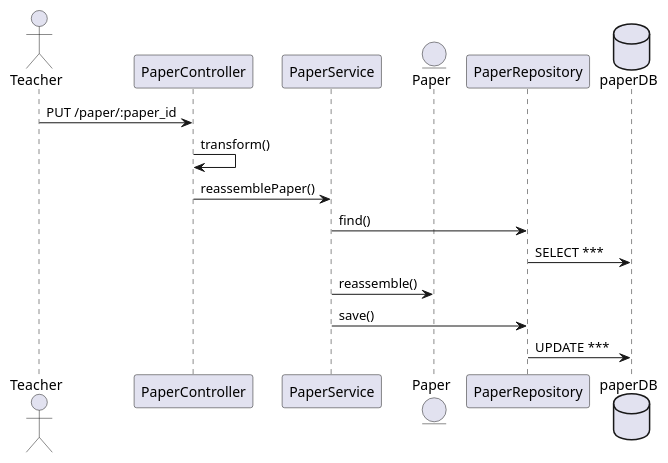
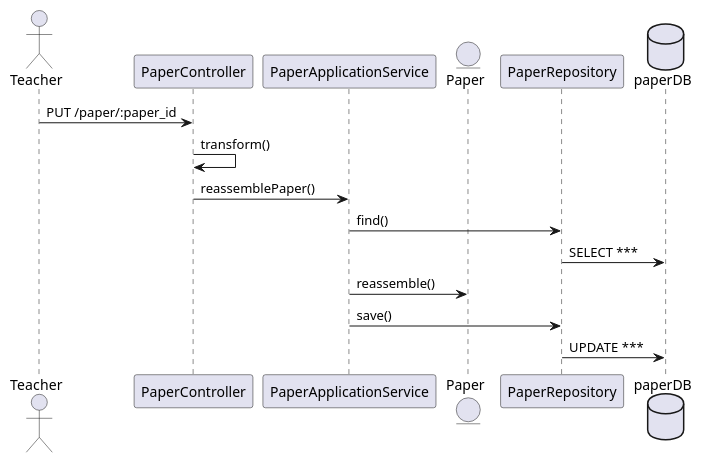
The diagram in design/paper-seq-reassemble.puml (DDD-Bootcamp/exam-plantform), drawn with PlantUML before and after one commit. The commit also changed 2 other files, not shown here.

Commit message:
use PaperApplicationService instead of PaperService in seq and cqrs puml

```diff
--- a/design/paper-seq-reassemble.puml
+++ b/design/paper-seq-reassemble.puml
@@ -1,15 +1,15 @@
 @startuml
 actor Teacher
 Teacher -> PaperController : PUT /paper/:paper_id
 PaperController -> PaperController: transform()
-PaperController -> PaperService : reassemblePaper()
+PaperController -> PaperApplicationService : reassemblePaper()
 entity Paper
-PaperService -> PaperRepository: find()
+PaperApplicationService -> PaperRepository: find()
 database paperDB
 PaperRepository -> paperDB: SELECT ***
-PaperService -> Paper : reassemble()
-PaperService -> PaperRepository: save()
+PaperApplicationService -> Paper : reassemble()
+PaperApplicationService -> PaperRepository: save()
 
 PaperRepository -> paperDB: UPDATE ***
 
 @enduml
```
